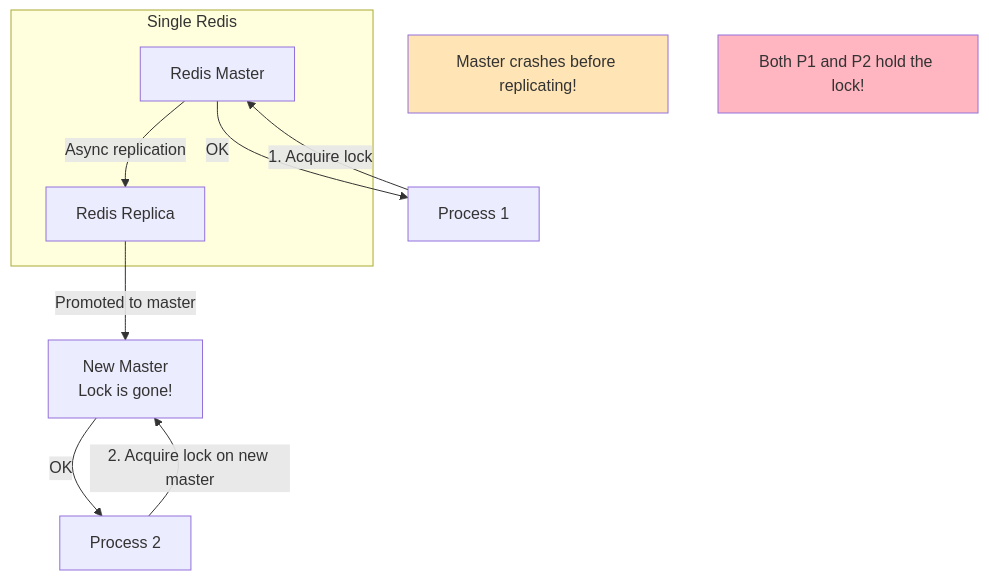
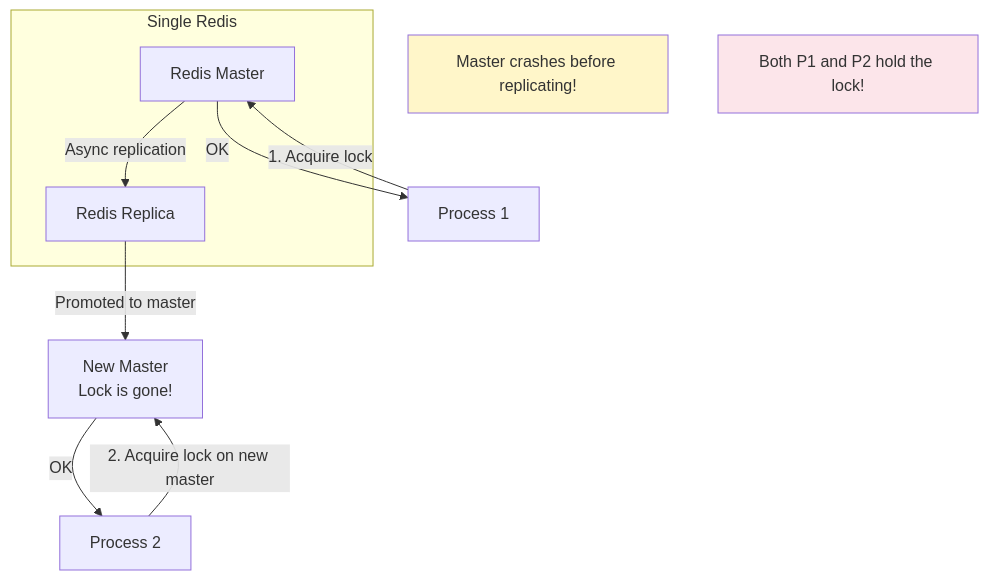
The fourth of 13 diagrams in LLD/CoreConcepts/DistributedLocking.md (cartmancodes/InterviewVault), drawn with Mermaid before and after one commit. The commit also changed other lines of this file and 679 other files, not shown here.

Commit message:
Unify content diagrams and add accessible visual walkthroughs

````diff
--- a/LLD/CoreConcepts/DistributedLocking.md
+++ b/LLD/CoreConcepts/DistributedLocking.md
@@ -217,22 +217,22 @@
 ```mermaid
 graph TB
     subgraph "Single Redis"
         R[Redis Master]
         REPLICA[Redis Replica]
         R -->|Async replication| REPLICA
     end
 
     P1[Process 1] -->|1. Acquire lock| R
     R -->|OK| P1
 
     NOTE[Master crashes before replicating!]
 
     REPLICA -->|Promoted to master| NEW[New Master<br/>Lock is gone!]
     P2[Process 2] -->|2. Acquire lock on new master| NEW
     NEW -->|OK| P2
 
     DANGER[Both P1 and P2 hold the lock!]
 
-    style DANGER fill:#FFB6C1
-    style NOTE fill:#FFE4B5
+    style DANGER fill:#FCE5EA
+    style NOTE fill:#FFF6C9
 ```
````
